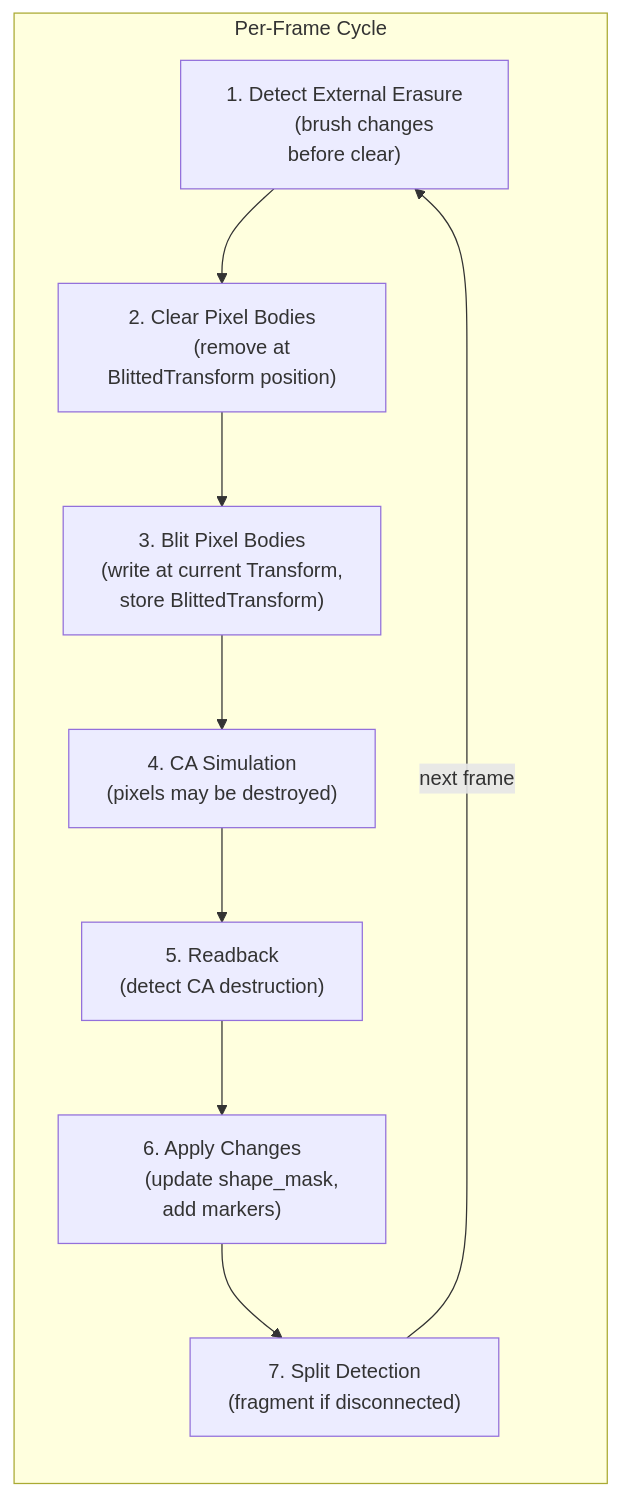
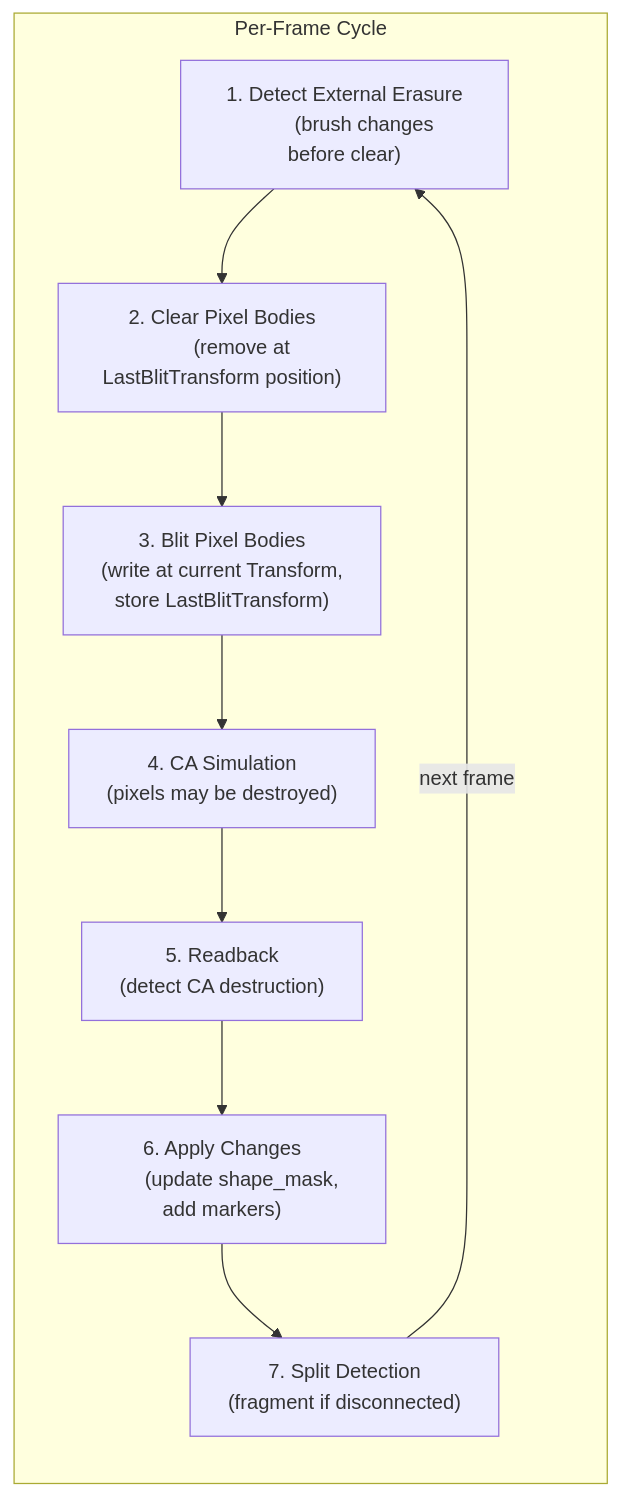
Before and after one commit to api-haus/bevy_pixel_world: the first of 5 diagrams in docs/arhitecture/physics/pixel-bodies.md, drawn with Mermaid. The commit also changed other lines of this file and 5 other files, not shown here.

````diff
--- a/docs/arhitecture/physics/pixel-bodies.md
+++ b/docs/arhitecture/physics/pixel-bodies.md
@@ -64,32 +69,32 @@
 ```mermaid
 flowchart TD
     subgraph Frame["Per-Frame Cycle"]
         direction TB
 
         EE["1. Detect External Erasure
         (brush changes before clear)"]
 
         CL["2. Clear Pixel Bodies
-        (remove at BlittedTransform position)"]
+        (remove at LastBlitTransform position)"]
 
         BL["3. Blit Pixel Bodies
         (write at current Transform,
-        store BlittedTransform)"]
+        store LastBlitTransform)"]
 
         CA["4. CA Simulation
         (pixels may be destroyed)"]
 
         RB["5. Readback
         (detect CA destruction)"]
 
         AP["6. Apply Changes
         (update shape_mask, add markers)"]
 
         SP["7. Split Detection
         (fragment if disconnected)"]
 
         EE --> CL --> BL --> CA --> RB --> AP --> SP
     end
 
     SP -->|"next frame"| EE
 ```
````
